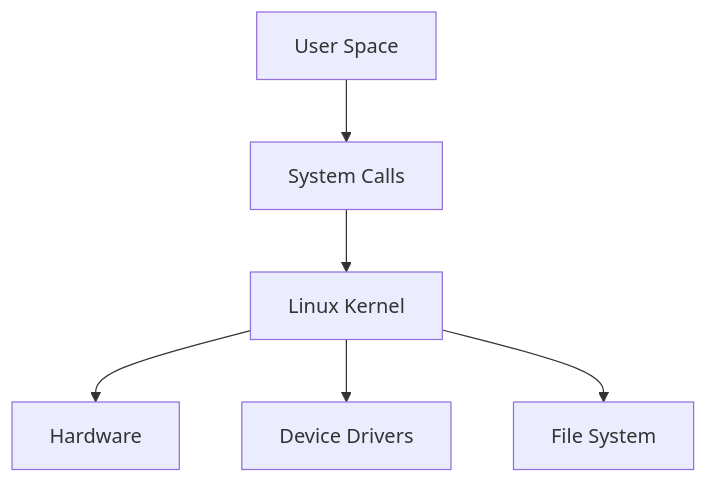
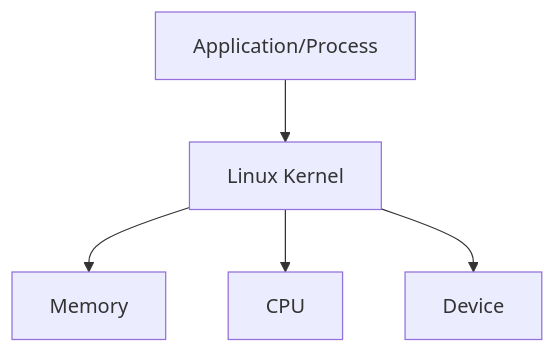
Before and after one commit to maverickdevops/interview_and_core_concepts: the diagram in linux/linux.md, drawn with Mermaid.

````diff
--- a/linux/linux.md
+++ b/linux/linux.md
@@ -5,8 +5,7 @@
 ```mermaid
 graph TD
-    A[User Space] --> B[System Calls]
-    B --> C[Linux Kernel]
-    C --> D[Hardware]
-    C --> E[Device Drivers]
-    C --> F[File System]
+    A[Application/Process] --> B[Linux Kernel]
+    B --> C[Memory]
+    B --> D[CPU]
+    B --> E[Device]
 ```
````
